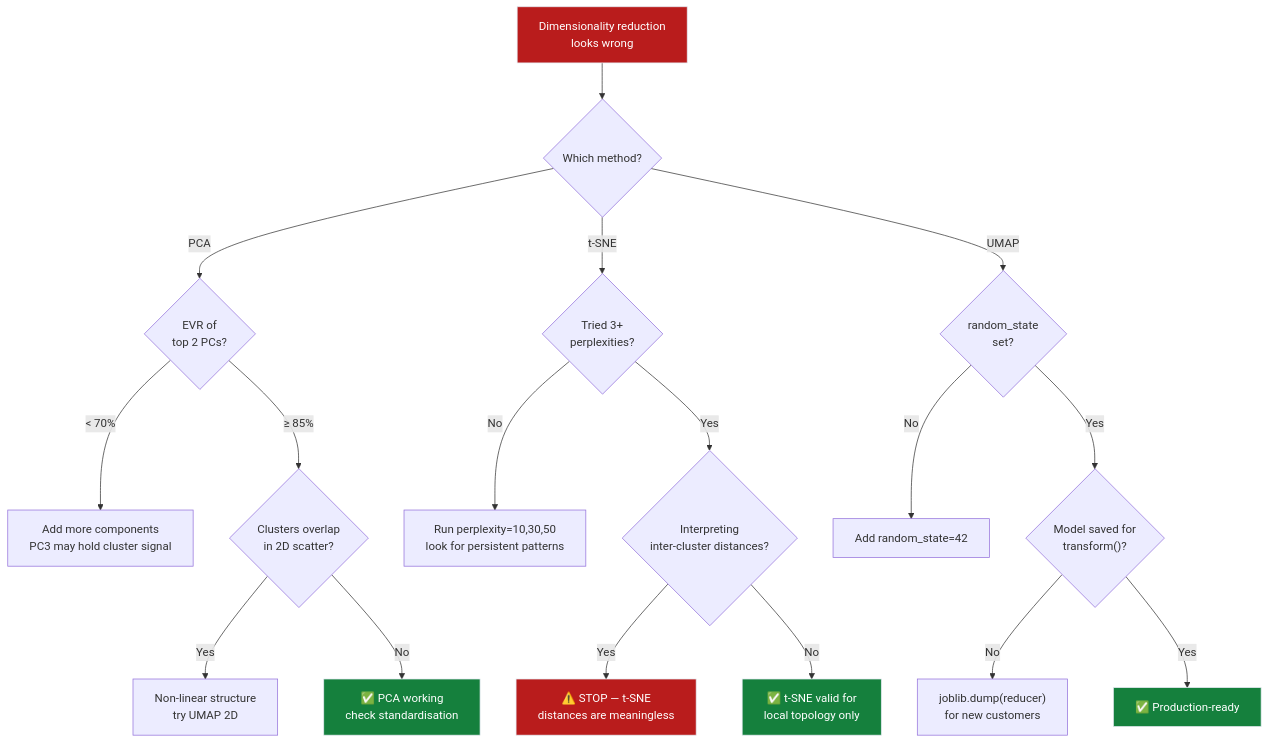
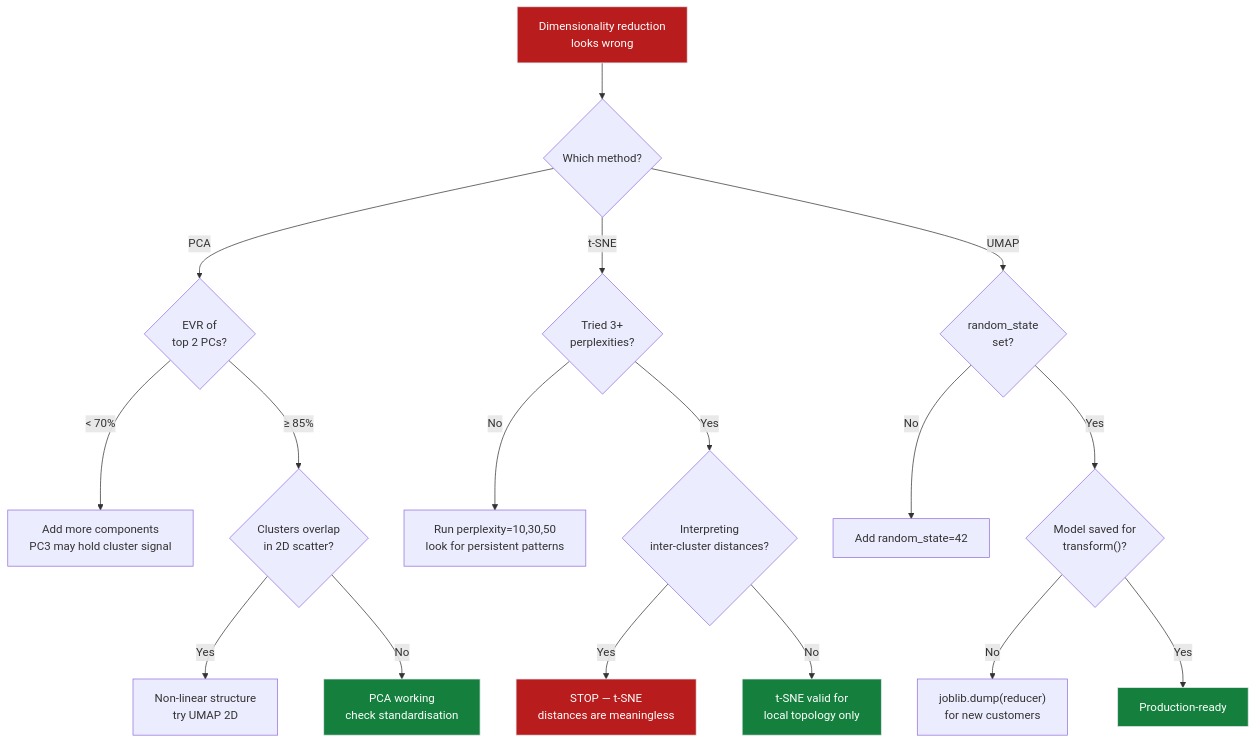
One commit to dsgouda7/ai-portfolio changed the fourth of 5 diagrams in notes/01-ml/07-unsupervised-learning/ch02_dimensionality_reduction/README.md. Above: the diagram before and after it, drawn with Mermaid. The commit also changed other lines of this file and 179 other files, not shown here.

````diff
--- a/notes/01-ml/07-unsupervised-learning/ch02_dimensionality_reduction/README.md
+++ b/notes/01-ml/07-unsupervised-learning/ch02_dimensionality_reduction/README.md
@@ -553,24 +550,24 @@
 ```mermaid
 flowchart TD
-    A["Dimensionality reduction\nlooks wrong"] --> B{"Which method?"}
-    B -->|"PCA"| C{"EVR of\ntop 2 PCs?"}
-    C -->|"< 70%"| D["Add more components\nPC3 may hold cluster signal"]
-    C -->|"≥ 85%"| E{"Clusters overlap\nin 2D scatter?"}
-    E -->|"Yes"| F["Non-linear structure\ntry UMAP 2D"]
-    E -->|"No"| G["✅ PCA working\ncheck standardisation"]
-    B -->|"t-SNE"| H{"Tried 3+\nperplexities?"}
-    H -->|"No"| I["Run perplexity=10,30,50\nlook for persistent patterns"]
-    H -->|"Yes"| J{"Interpreting\ninter-cluster distances?"}
-    J -->|"Yes"| K["⚠️ STOP — t-SNE\ndistances are meaningless"]
-    J -->|"No"| L["✅ t-SNE valid for\nlocal topology only"]
-    B -->|"UMAP"| M{"random_state\nset?"}
-    M -->|"No"| N["Add random_state=42"]
-    M -->|"Yes"| O{"Model saved for\ntransform()?"}
-    O -->|"No"| P["joblib.dump(reducer)\nfor new customers"]
-    O -->|"Yes"| Q["✅ Production-ready"]
-    style A fill:#b91c1c,stroke:#e2e8f0,color:#ffffff
-    style K fill:#b91c1c,stroke:#e2e8f0,color:#ffffff
-    style G fill:#15803d,stroke:#e2e8f0,color:#ffffff
-    style L fill:#15803d,stroke:#e2e8f0,color:#ffffff
-    style Q fill:#15803d,stroke:#e2e8f0,color:#ffffff
+ A["Dimensionality reduction\nlooks wrong"] --> B{"Which method?"}
+ B -->|"PCA"| C{"EVR of\ntop 2 PCs?"}
+ C -->|"< 70%"| D["Add more components\nPC3 may hold cluster signal"]
+ C -->|"≥ 85%"| E{"Clusters overlap\nin 2D scatter?"}
+ E -->|"Yes"| F["Non-linear structure\ntry UMAP 2D"]
+ E -->|"No"| G[" PCA working\ncheck standardisation"]
+ B -->|"t-SNE"| H{"Tried 3+\nperplexities?"}
+ H -->|"No"| I["Run perplexity=10,30,50\nlook for persistent patterns"]
+ H -->|"Yes"| J{"Interpreting\ninter-cluster distances?"}
+ J -->|"Yes"| K[" STOP — t-SNE\ndistances are meaningless"]
+ J -->|"No"| L[" t-SNE valid for\nlocal topology only"]
+ B -->|"UMAP"| M{"random_state\nset?"}
+ M -->|"No"| N["Add random_state=42"]
+ M -->|"Yes"| O{"Model saved for\ntransform()?"}
+ O -->|"No"| P["joblib.dump(reducer)\nfor new customers"]
+ O -->|"Yes"| Q[" Production-ready"]
+ style A fill:#b91c1c,stroke:#e2e8f0,color:#ffffff
+ style K fill:#b91c1c,stroke:#e2e8f0,color:#ffffff
+ style G fill:#15803d,stroke:#e2e8f0,color:#ffffff
+ style L fill:#15803d,stroke:#e2e8f0,color:#ffffff
+ style Q fill:#15803d,stroke:#e2e8f0,color:#ffffff
 ```
````
